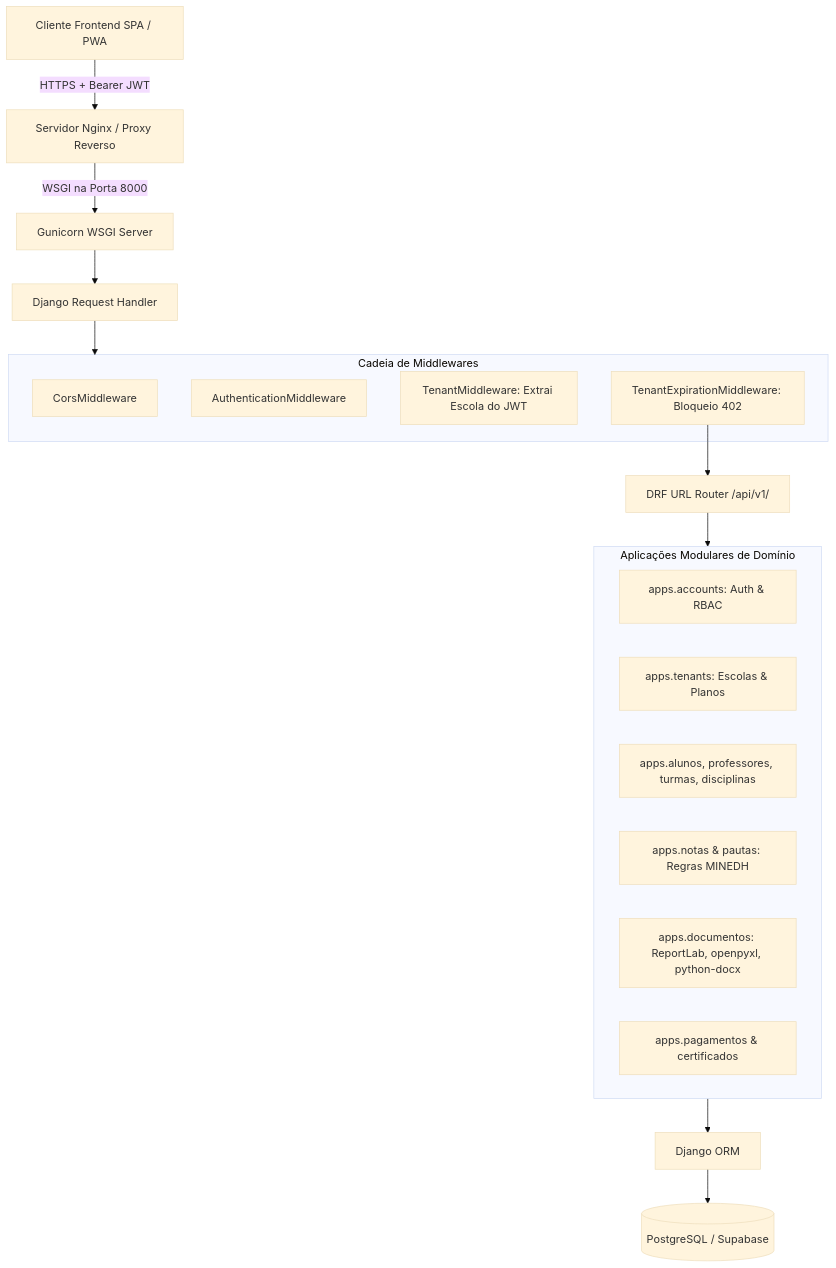
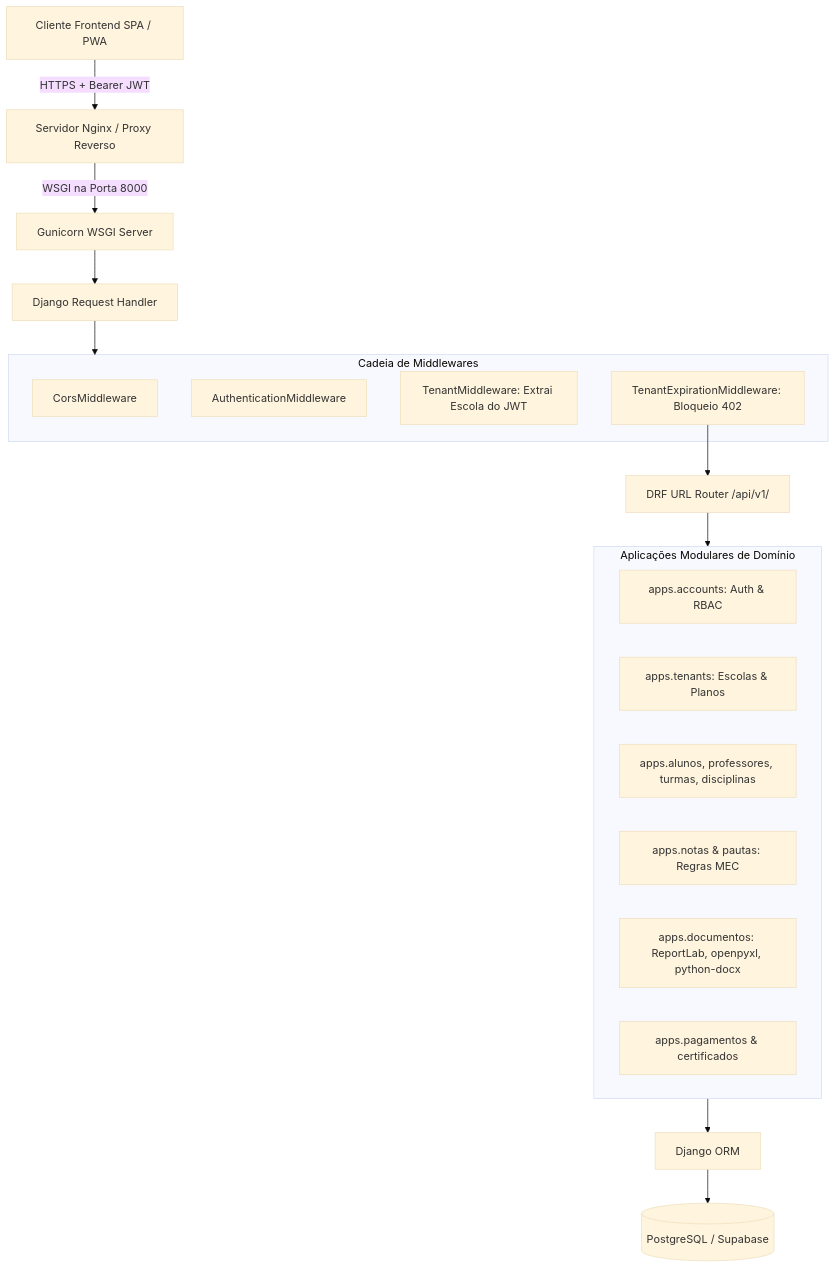
One commit to mandamulefernandojose18-max/SIGE-Sistema-Integrado-de-Gest-o-Escolar changed the diagram in backend/docs/ARCHITECTURE.md. Above: the diagram before and after it, drawn with Mermaid (base theme). The commit also changed 32 other files, not shown here.

Commit message:
feat: substituir MINEDH por MEC (Ministerio de Educacao e Cultura) e suporte a multiplos logotipos

````diff
--- a/backend/docs/ARCHITECTURE.md
+++ b/backend/docs/ARCHITECTURE.md
@@ -6,29 +6,29 @@
 ```mermaid
 flowchart TD
     Client[Cliente Frontend SPA / PWA] -->|HTTPS + Bearer JWT| Nginx[Servidor Nginx / Proxy Reverso]
     Nginx -->|WSGI na Porta 8000| Gunicorn[Gunicorn WSGI Server]
     Gunicorn --> DjangoHandler[Django Request Handler]
     
     subgraph Middlewares ["Cadeia de Middlewares"]
         CORS[CorsMiddleware]
         AuthMid[AuthenticationMiddleware]
         TenantMid[TenantMiddleware: Extrai Escola do JWT]
         TenantExp[TenantExpirationMiddleware: Bloqueio 402]
     end
     
     DjangoHandler --> Middlewares
     TenantExp --> Router[DRF URL Router /api/v1/]
     
     subgraph Apps ["Aplicações Modulares de Domínio"]
         Acc[apps.accounts: Auth & RBAC]
         Ten[apps.tenants: Escolas & Planos]
         Acad[apps.alunos, professores, turmas, disciplinas]
-        Grades[apps.notas & pautas: Regras MINEDH]
+        Grades[apps.notas & pautas: Regras MEC]
         Docs[apps.documentos: ReportLab, openpyxl, python-docx]
         Fin[apps.pagamentos & certificados]
     end
     
     Router --> Apps
     Apps --> ORM[Django ORM]
     ORM --> DB[(PostgreSQL / Supabase)]
 ```
````
